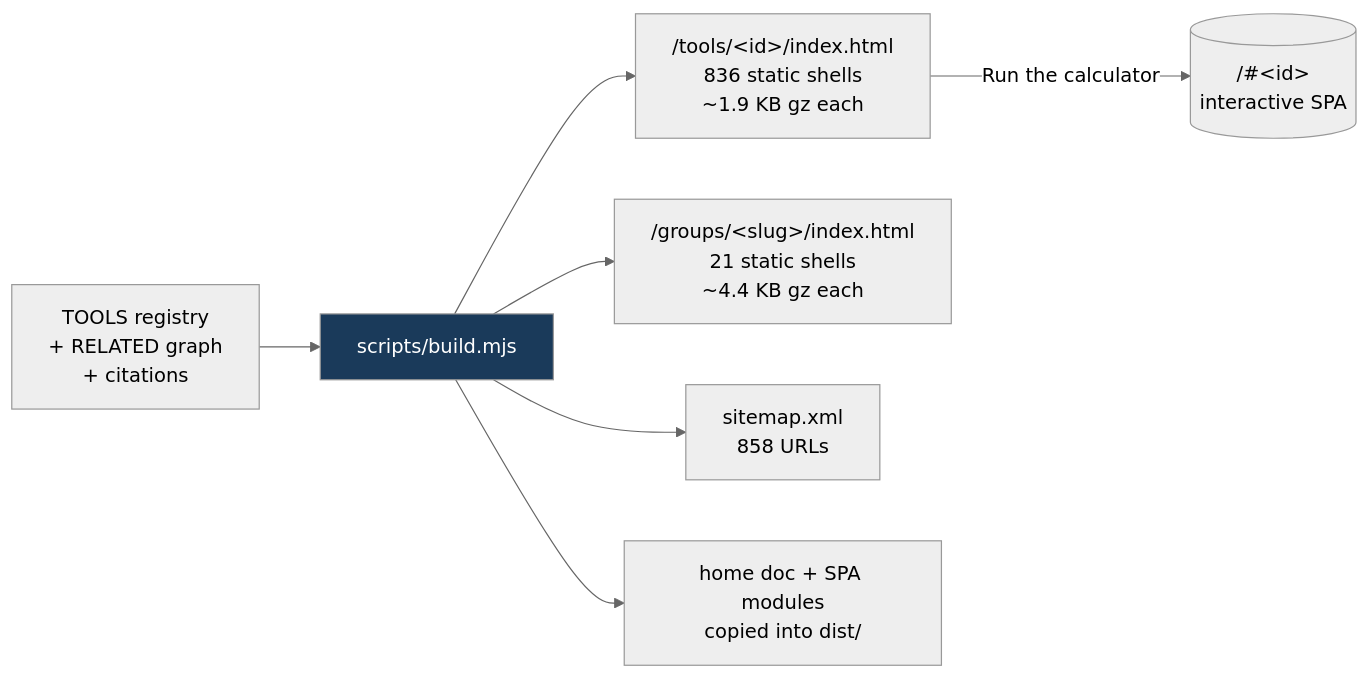
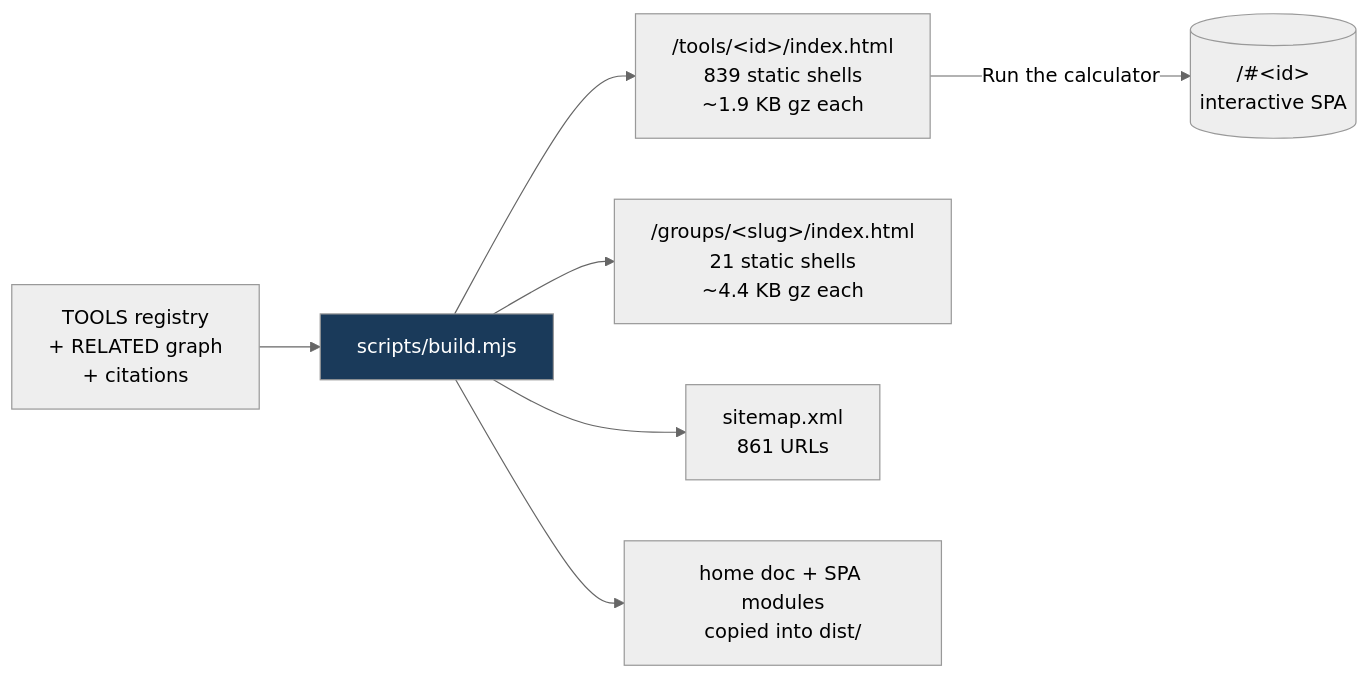
One commit to clay-good/roughlogic.com changed the fifth of 8 diagrams in README.md. Above: the diagram before and after it, drawn with Mermaid (neutral theme). The commit also changed other lines of this file and 19 other files, not shown here.

````diff
--- a/README.md
+++ b/README.md
@@ -495,10 +495,10 @@
 ```mermaid
 flowchart LR
     SRC[TOOLS registry\n+ RELATED graph\n+ citations] --> BUILD[scripts/build.mjs]
-    BUILD --> TILE["/tools/&lt;id&gt;/index.html\n836 static shells\n~1.9 KB gz each"]
+    BUILD --> TILE["/tools/&lt;id&gt;/index.html\n839 static shells\n~1.9 KB gz each"]
     BUILD --> GROUP["/groups/&lt;slug&gt;/index.html\n21 static shells\n~4.4 KB gz each"]
-    BUILD --> MAP["sitemap.xml\n858 URLs"]
+    BUILD --> MAP["sitemap.xml\n861 URLs"]
     BUILD --> COPY[home doc + SPA modules\ncopied into dist/]
     TILE -->|Run the calculator| SPA[("/#&lt;id&gt;\ninteractive SPA")]
     style BUILD fill:#1a3a5a,color:#fff
 ```
````
